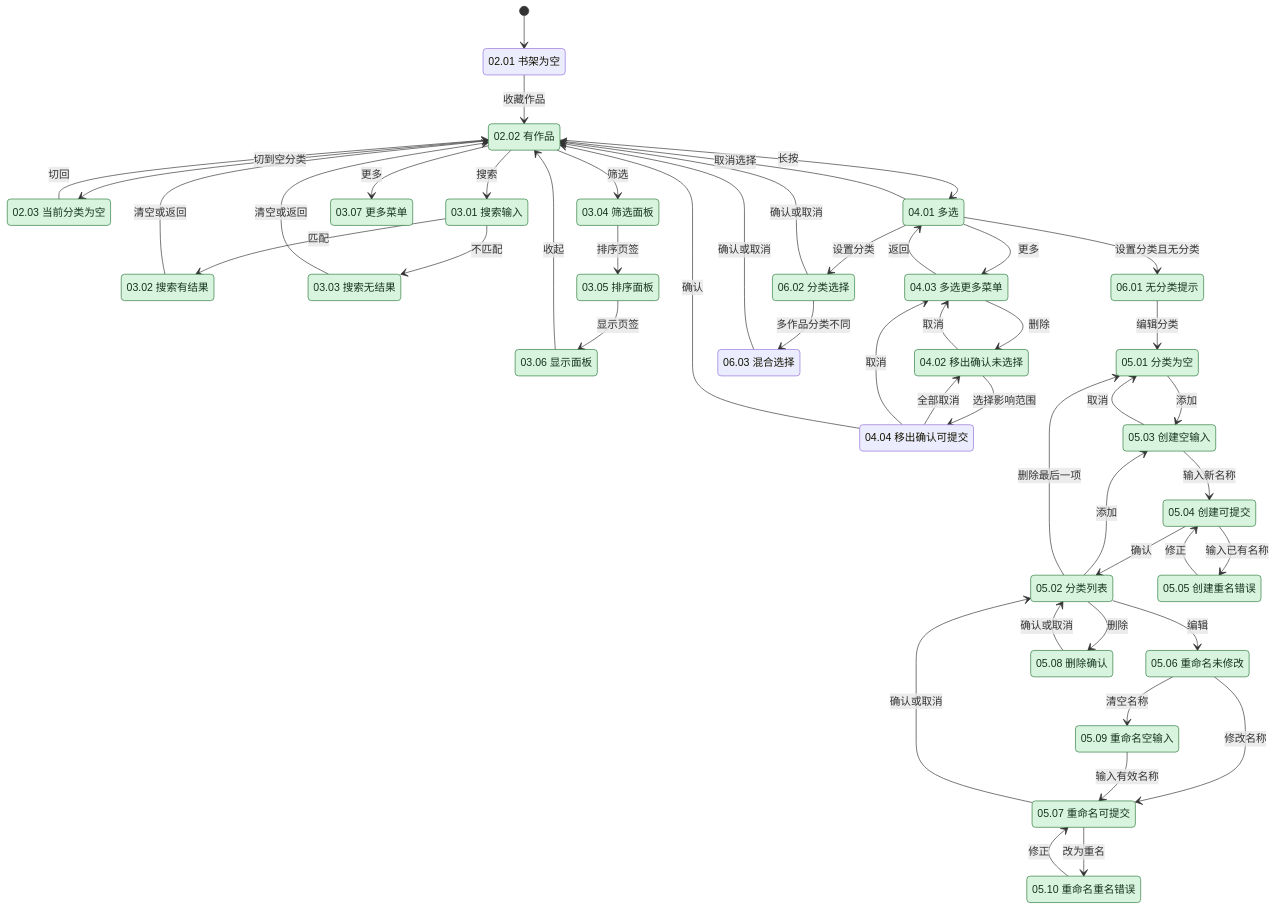
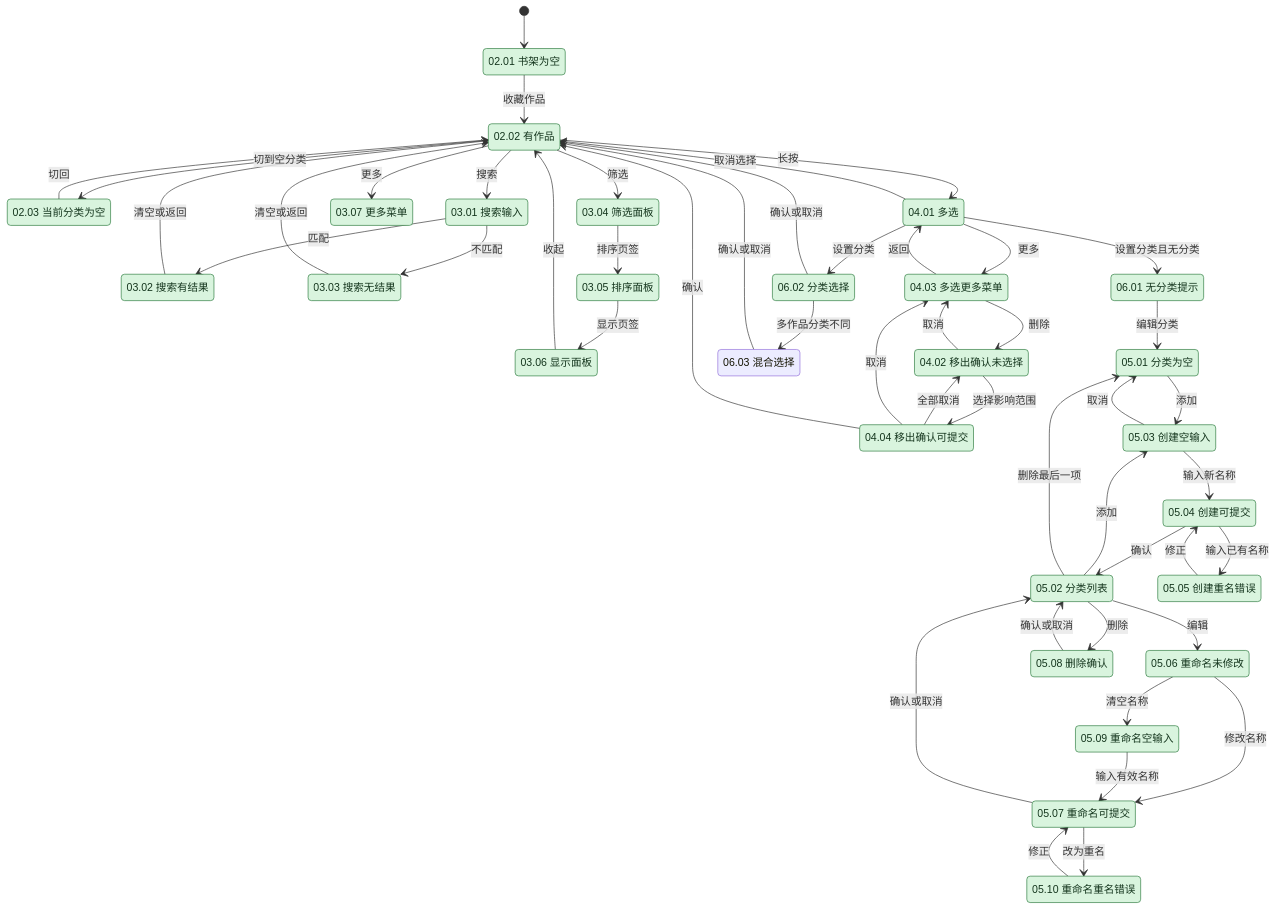
Before and after one commit to Wybxc/karuyomi: the first of 7 diagrams in docs/verification/mihon-state-coverage.md, drawn with Mermaid. The commit also changed other lines of this file and 4 other files, not shown here.

````diff
--- a/docs/verification/mihon-state-coverage.md
+++ b/docs/verification/mihon-state-coverage.md
@@ -18,80 +18,80 @@
 ```mermaid
 stateDiagram-v2
     [*] --> L0
     state "02.01 书架为空" as L0
     state "02.02 有作品" as L1
     state "02.03 当前分类为空" as L2
     state "03.01 搜索输入" as L3
     state "03.02 搜索有结果" as L4
     state "03.03 搜索无结果" as L5
     state "03.04 筛选面板" as L6
     state "03.05 排序面板" as L7
     state "03.06 显示面板" as L8
     state "03.07 更多菜单" as L9
     state "04.01 多选" as L10
     state "04.02 移出确认未选择" as L11
     state "04.03 多选更多菜单" as L15
     state "04.04 移出确认可提交" as L16
     state "06.01 无分类提示" as L12
     state "06.02 分类选择" as L13
     state "06.03 混合选择" as L14
     state "05.01 分类为空" as C0
     state "05.02 分类列表" as C1
     state "05.03 创建空输入" as C2
     state "05.04 创建可提交" as C3
     state "05.05 创建重名错误" as C4
     state "05.06 重命名未修改" as C5
     state "05.07 重命名可提交" as C6
     state "05.08 删除确认" as C7
     state "05.09 重命名空输入" as C8
     state "05.10 重命名重名错误" as C9
     L0 --> L1: 收藏作品
     L1 --> L2: 切到空分类
     L2 --> L1: 切回
     L1 --> L3: 搜索
     L3 --> L4: 匹配
     L3 --> L5: 不匹配
     L4 --> L1: 清空或返回
     L5 --> L1: 清空或返回
     L1 --> L6: 筛选
     L6 --> L7: 排序页签
     L7 --> L8: 显示页签
     L8 --> L1: 收起
     L1 --> L9: 更多
     L1 --> L10: 长按
     L10 --> L1: 取消选择
     L10 --> L15: 更多
     L15 --> L11: 删除
     L15 --> L10: 返回
     L11 --> L16: 选择影响范围
     L16 --> L11: 全部取消
     L11 --> L15: 取消
     L16 --> L15: 取消
     L16 --> L1: 确认
     L10 --> L12: 设置分类且无分类
     L10 --> L13: 设置分类
     L13 --> L14: 多作品分类不同
     L13 --> L1: 确认或取消
     L14 --> L1: 确认或取消
     L12 --> C0: 编辑分类
     C0 --> C2: 添加
     C1 --> C2: 添加
     C2 --> C3: 输入新名称
     C3 --> C4: 输入已有名称
     C4 --> C3: 修正
     C3 --> C1: 确认
     C2 --> C0: 取消
     C1 --> C5: 编辑
     C5 --> C6: 修改名称
     C5 --> C8: 清空名称
     C8 --> C6: 输入有效名称
     C6 --> C9: 改为重名
     C9 --> C6: 修正
     C6 --> C1: 确认或取消
     C1 --> C7: 删除
     C7 --> C1: 确认或取消
     C1 --> C0: 删除最后一项
     classDef partial fill:#fff0ce,color:#412e00,stroke:#b07a00
     classDef paired fill:#d9f4de,color:#14351d,stroke:#2b7a3d
-    class L1,L2,L3,L4,L5,L6,L7,L8,L9,L10,L11,L12,L13,L15,C0,C1,C2,C3,C4,C5,C6,C7,C8,C9 paired
+    class L0,L1,L2,L3,L4,L5,L6,L7,L8,L9,L10,L11,L12,L13,L15,L16,C0,C1,C2,C3,C4,C5,C6,C7,C8,C9 paired
 ```
````
